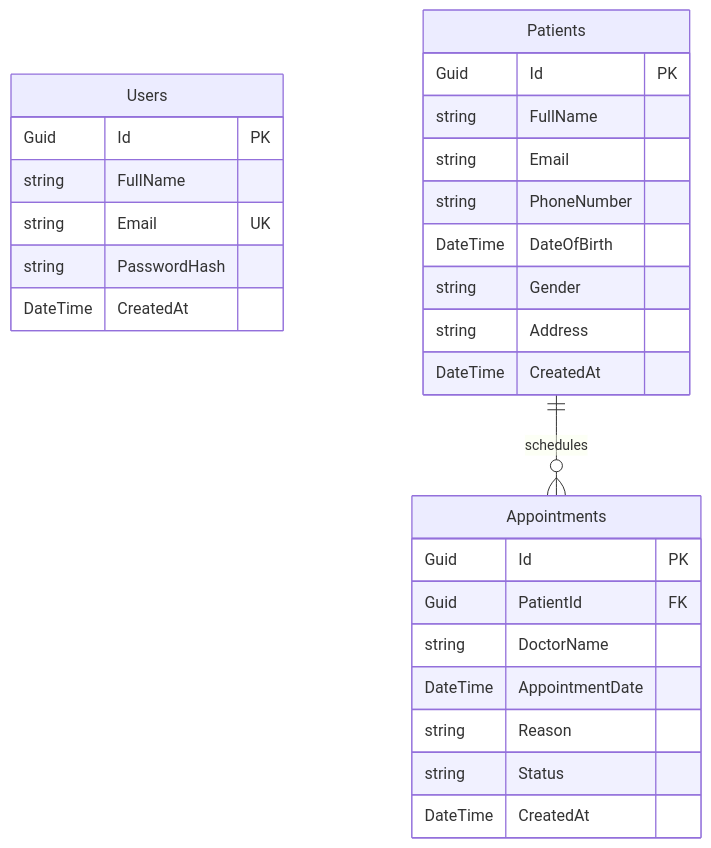
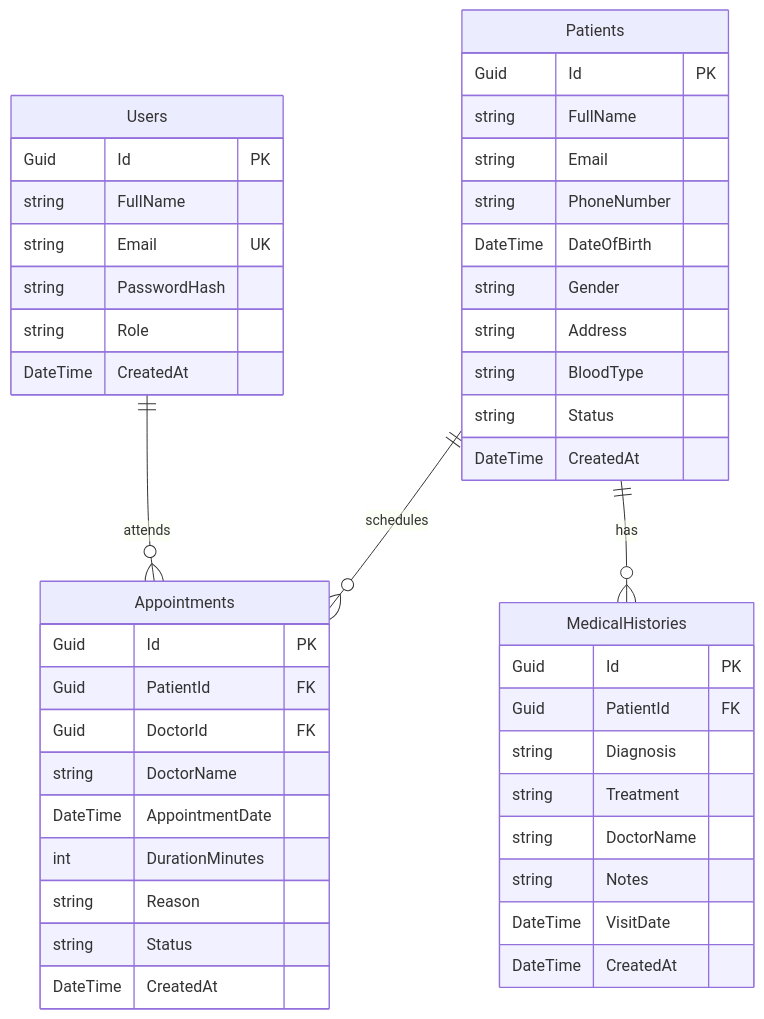
Before and after one commit to taibaakhtar5-coder/PMS: the diagram in src/HealthcareCRM/docs/erd.md, drawn with Mermaid. The commit also changed other lines of this file and 17 other files, not shown here.

````diff
--- a/src/HealthcareCRM/docs/erd.md
+++ b/src/HealthcareCRM/docs/erd.md
@@ -7,31 +7,48 @@
 ```mermaid
 erDiagram
     Users {
         Guid Id PK
         string FullName
         string Email UK
         string PasswordHash
+        string Role
         DateTime CreatedAt
     }
     Patients {
         Guid Id PK
         string FullName
         string Email
         string PhoneNumber
         DateTime DateOfBirth
         string Gender
         string Address
+        string BloodType
+        string Status
         DateTime CreatedAt
     }
     Appointments {
         Guid Id PK
         Guid PatientId FK
+        Guid DoctorId FK
         string DoctorName
         DateTime AppointmentDate
+        int DurationMinutes
         string Reason
         string Status
         DateTime CreatedAt
     }
+    MedicalHistories {
+        Guid Id PK
+        Guid PatientId FK
+        string Diagnosis
+        string Treatment
+        string DoctorName
+        string Notes
+        DateTime VisitDate
+        DateTime CreatedAt
+    }
 
     Patients ||--o{ Appointments : "schedules"
+    Users ||--o{ Appointments : "attends"
+    Patients ||--o{ MedicalHistories : "has"
 ```
````
